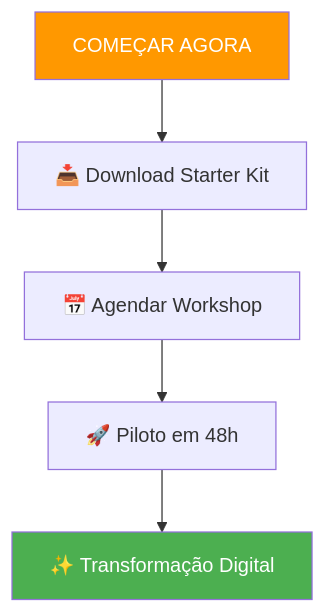
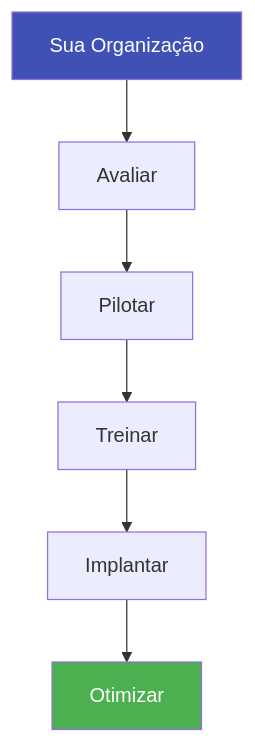
Diagram 11 of 17 in AI/Comunicação/MCP/00-mcp-presentation-zero to hero.md (felipepimentel/my-public-notes), drawn with Mermaid before and after one commit. The commit also changed other lines of this file, not shown here.

````diff
--- a/AI/Comunicação/MCP/00-mcp-presentation-zero to hero.md
+++ b/AI/Comunicação/MCP/00-mcp-presentation-zero to hero.md
@@ -286,10 +293,11 @@
 ```mermaid
 graph TD
-    START[COMEÇAR AGORA] --> A1[📥 Download Starter Kit]
-    A1 --> A2[📅 Agendar Workshop]
-    A2 --> A3[🚀 Piloto em 48h]
-    A3 --> SUCCESS[✨ Transformação Digital]
+    ORG[Sua Organização] --> ASSESS[Avaliar]
+    ASSESS --> PILOT[Pilotar]
+    PILOT --> TRAIN[Treinar]
+    TRAIN --> DEPLOY[Implantar]
+    DEPLOY --> OPTIMIZE[Otimizar]
     
-    style START fill:#ff9800,color:#fff
-    style SUCCESS fill:#4CAF50,color:#fff
+    style ORG fill:#3f51b5,color:#fff
+    style OPTIMIZE fill:#4CAF50,color:#fff
 ```
````
